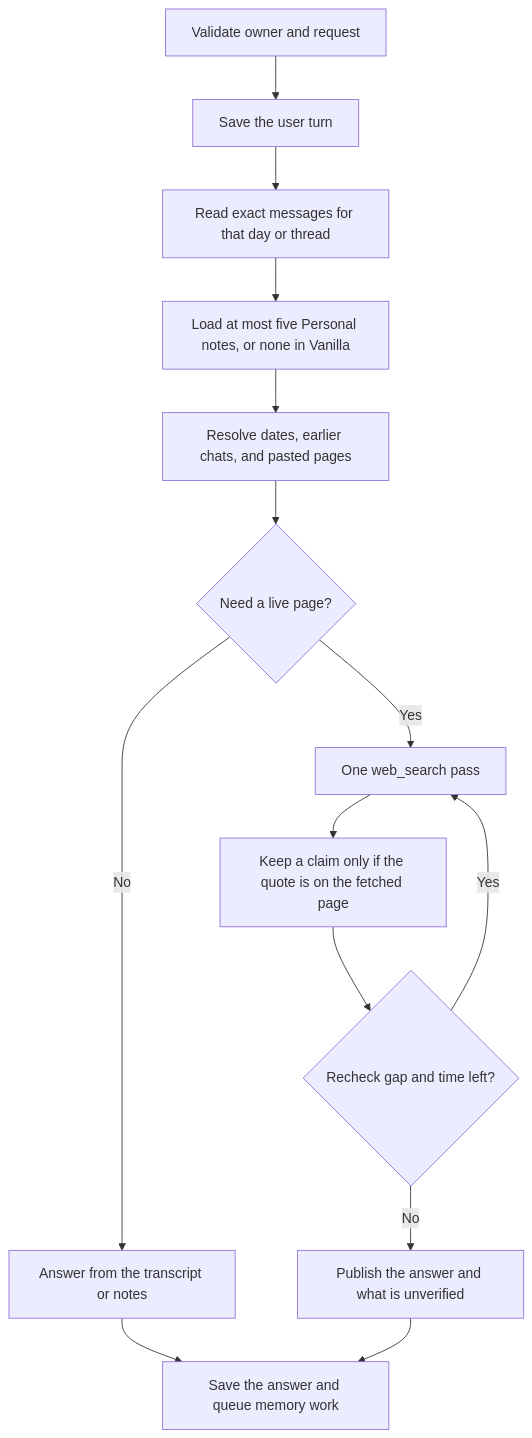
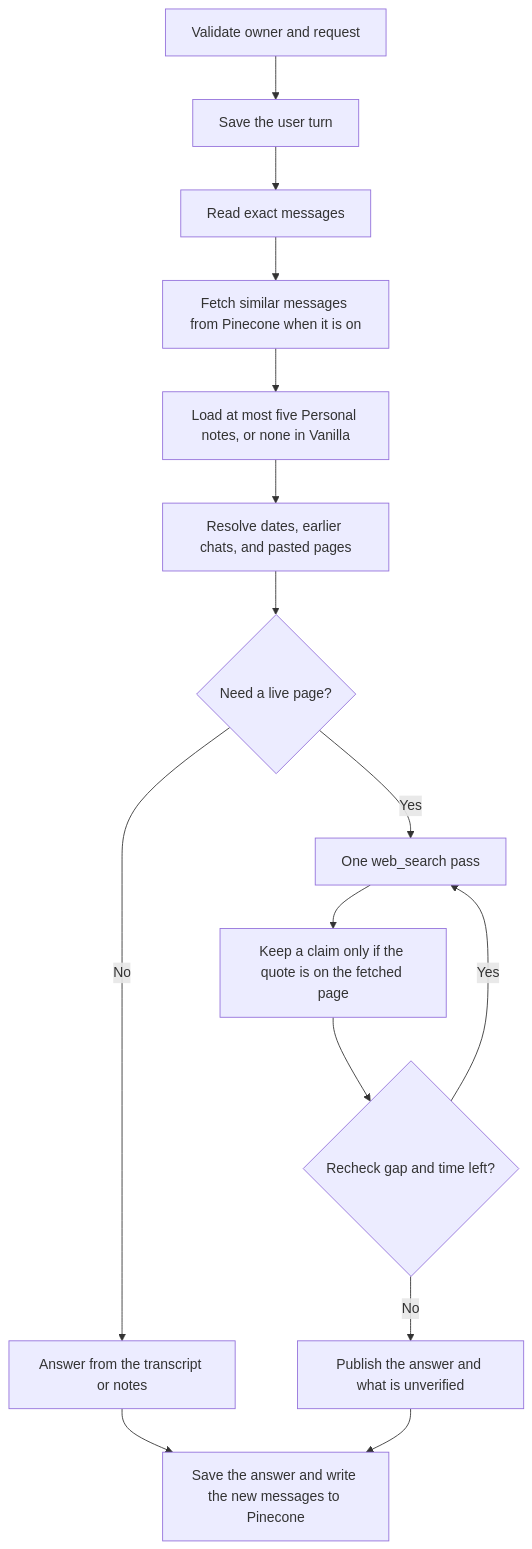
The diagram in DESIGN.md (harshsinha-12/minimi-web-universe), drawn with Mermaid before and after one commit. The commit also changed other lines of this file and 5 other files, not shown here.

````diff
--- a/DESIGN.md
+++ b/DESIGN.md
@@ -7,16 +7,17 @@
 ```mermaid
 flowchart TD
     request["Validate owner and request"] --> persist["Save the user turn"]
-    persist --> raw["Read exact messages for that day or thread"]
-    raw --> derived["Load at most five Personal notes, or none in Vanilla"]
+    persist --> raw["Read exact messages"]
+    raw --> pinecone["Fetch similar messages from Pinecone when it is on"]
+    pinecone --> derived["Load at most five Personal notes, or none in Vanilla"]
     derived --> resolve["Resolve dates, earlier chats, and pasted pages"]
     resolve --> needs{"Need a live page?"}
     needs -->|"No"| direct["Answer from the transcript or notes"]
     needs -->|"Yes"| research["One web_search pass"]
     research --> review["Keep a claim only if the quote is on the fetched page"]
     review --> gap{"Recheck gap and time left?"}
     gap -->|"Yes"| research
     gap -->|"No"| final["Publish the answer and what is unverified"]
-    direct --> save["Save the answer and queue memory work"]
+    direct --> save["Save the answer and write the new messages to Pinecone"]
     final --> save
 ```
````
